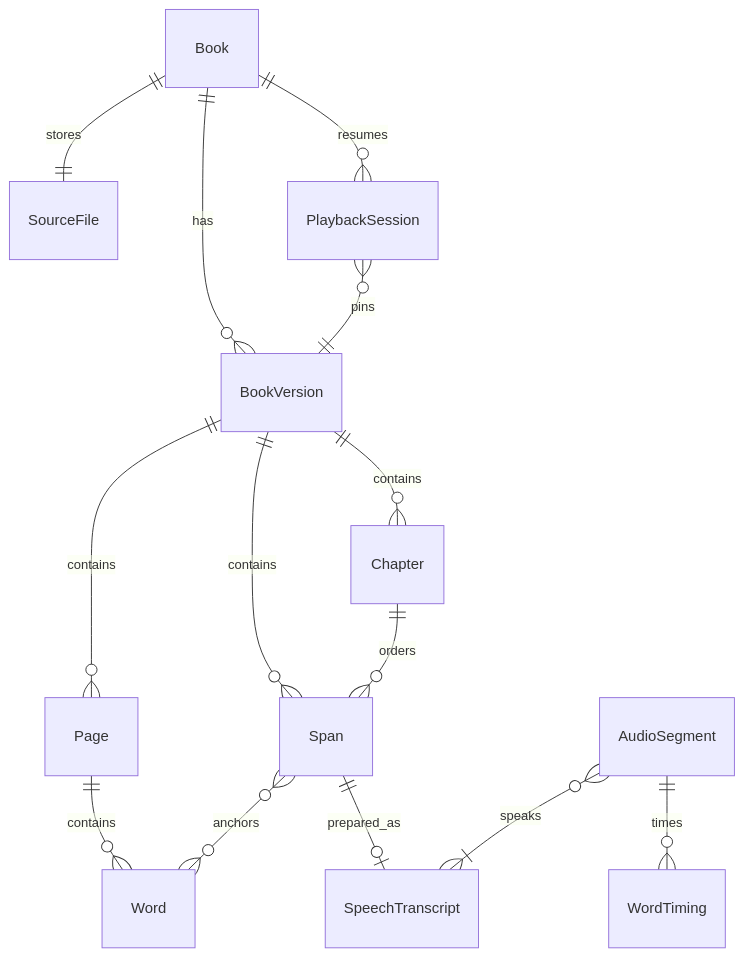
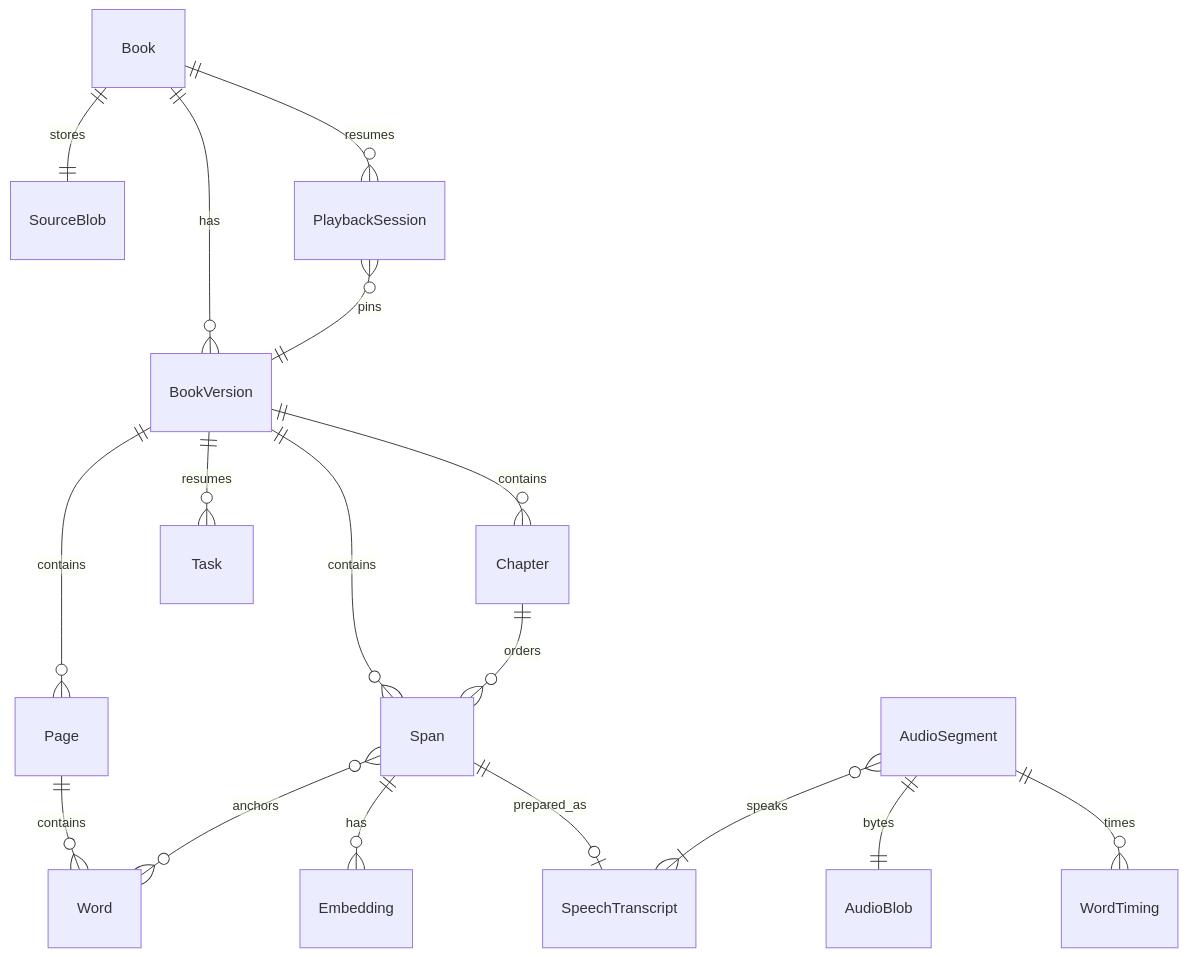
The sixth of 6 diagrams in specs/discussion/DESIGN.md (manishsharma004/open-book-reader), drawn with Mermaid before and after one commit. The commit also changed other lines of this file and 1 other file, not shown here.

First line of the commit message:
Keep book data in the browser and the model API stateless.

````diff
--- a/specs/discussion/DESIGN.md
+++ b/specs/discussion/DESIGN.md
@@ -477,16 +613,19 @@
 ```mermaid
 erDiagram
   Book ||--o{ BookVersion : has
-  Book ||--|| SourceFile : stores
+  Book ||--|| SourceBlob : stores
   BookVersion ||--o{ Page : contains
   Page ||--o{ Word : contains
   BookVersion ||--o{ Chapter : contains
   BookVersion ||--o{ Span : contains
   Chapter ||--o{ Span : orders
   Span }o--o{ Word : anchors
+  Span ||--o{ Embedding : has
   Span ||--o| SpeechTranscript : prepared_as
   AudioSegment }o--|{ SpeechTranscript : speaks
+  AudioSegment ||--|| AudioBlob : bytes
   AudioSegment ||--o{ WordTiming : times
+  BookVersion ||--o{ Task : resumes
   Book ||--o{ PlaybackSession : resumes
   PlaybackSession }o--|| BookVersion : pins
 ```
````
